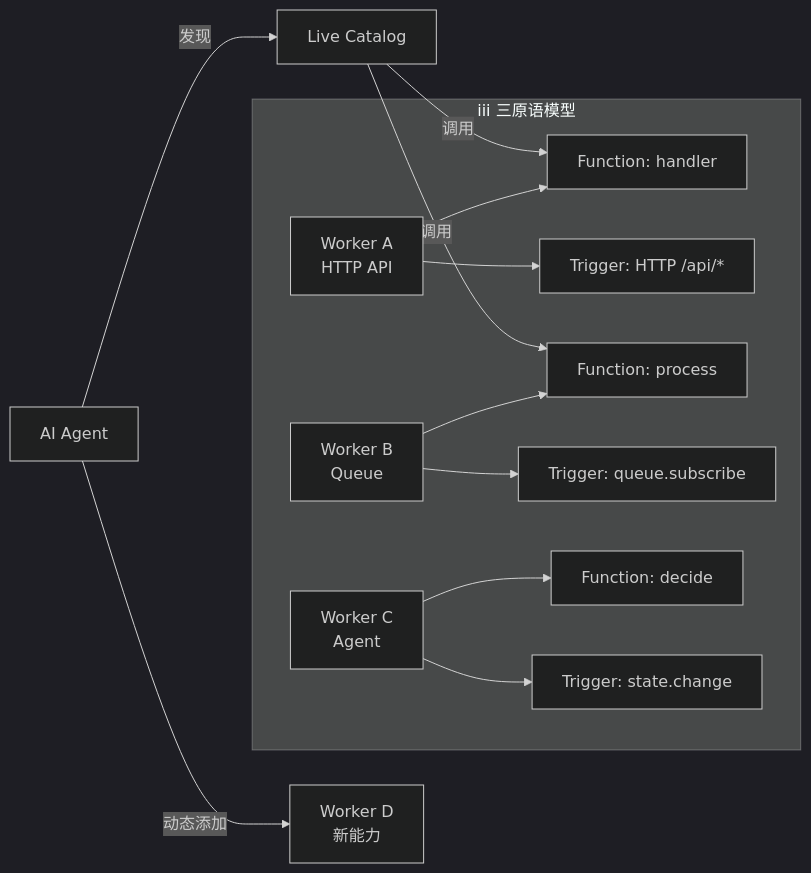
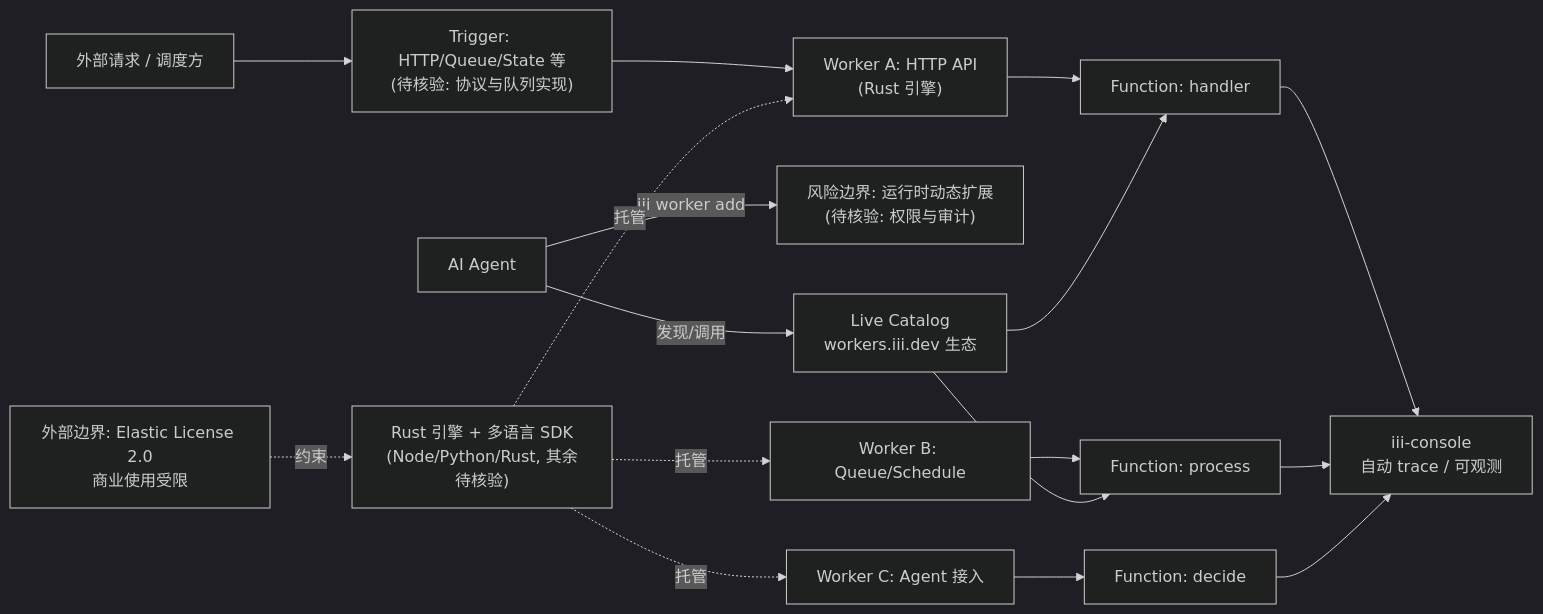
The diagram in projects/iii.md (aiutil/github-researcher), drawn with Mermaid (dark theme) before and after one commit. The commit also changed other lines of this file and 939 other files, not shown here.

Commit message:
feat: add architect briefs and Mermaid project maps

````diff
--- a/projects/iii.md
+++ b/projects/iii.md
@@ -45,16 +58,19 @@
 ```mermaid
 graph LR
-    subgraph "iii 三原语模型"
-        W1["Worker A<br/>HTTP API"] --> F1["Function: handler"]
-        W1 --> T1["Trigger: HTTP /api/*"]
-        W2["Worker B<br/>Queue"] --> F2["Function: process"]
-        W2 --> T2["Trigger: queue.subscribe"]
-        W3["Worker C<br/>Agent"] --> F3["Function: decide"]
-        W3 --> T3["Trigger: state.change"]
-    end
-    
-    Agent["AI Agent"] -->|发现| Catalog["Live Catalog"]
-    Catalog -->|调用| F1
-    Catalog -->|调用| F2
-    Agent -->|动态添加| W4["Worker D<br/>新能力"]
+    Client["外部请求 / 调度方"] --> T1["Trigger: HTTP/Queue/State 等<br/>(待核验: 协议与队列实现)"]
+    Agent["AI Agent"] -->|"发现/调用"| Cat["Live Catalog<br/>workers.iii.dev 生态"]
+    Agent -->|"iii worker add"| Risk["风险边界: 运行时动态扩展<br/>(待核验: 权限与审计)"]
+    T1 --> W1["Worker A: HTTP API<br/>(Rust 引擎)"]
+    W1 --> F1["Function: handler"]
+    W2["Worker B: Queue/Schedule"] --> F2["Function: process"]
+    W3["Worker C: Agent 接入"] --> F3["Function: decide"]
+    Cat --> F1
+    Cat --> F2
+    F1 --> Console["iii-console<br/>自动 trace / 可观测"]
+    F2 --> Console
+    F3 --> Console
+    Engine["Rust 引擎 + 多语言 SDK<br/>(Node/Python/Rust, 其余待核验)"] -.托管.-> W1
+    Engine -.托管.-> W2
+    Engine -.托管.-> W3
+    License["外部边界: Elastic License 2.0<br/>商业使用受限"] -.约束.-> Engine
 ```
````
